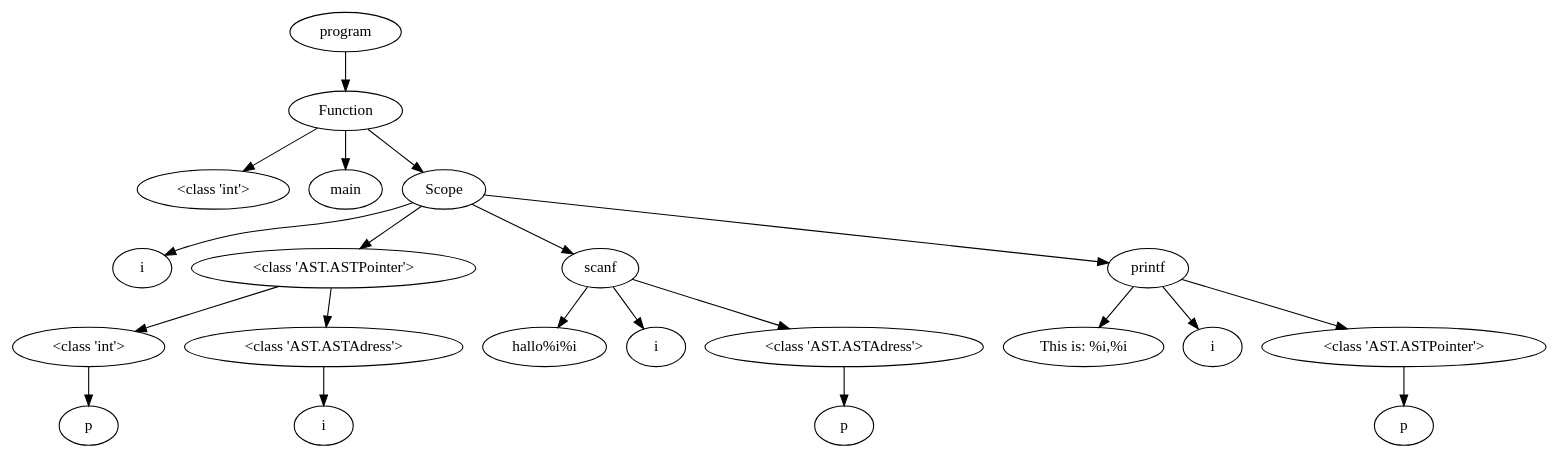
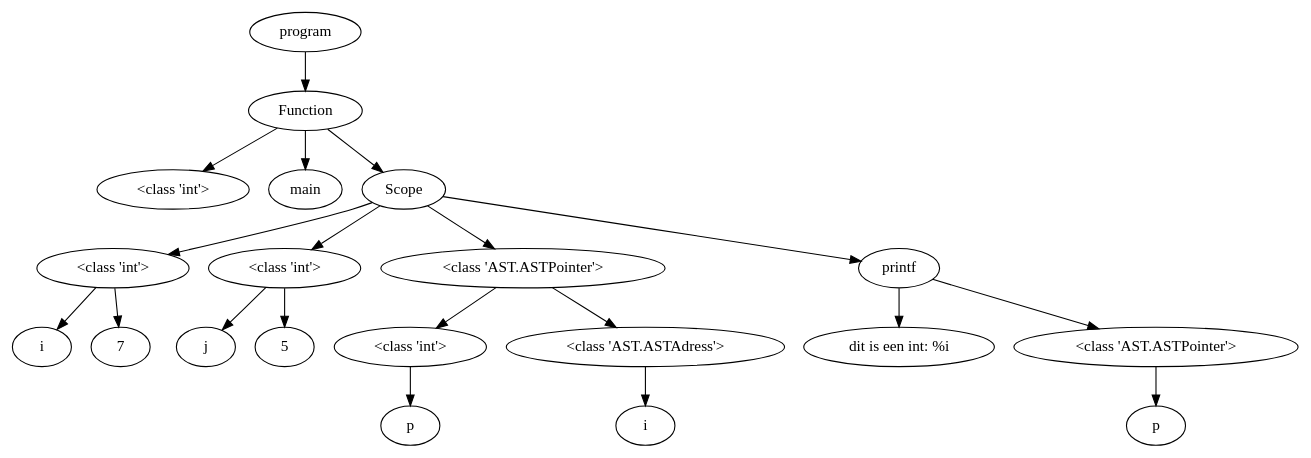
Before and after one commit to NielsVandenBroeck/COMP_Compiler: the diagram in OutputFiles/dotVisualization.dot, drawn with Graphviz. The commit also changed 3 other files, not shown here.

Commit message:
scanf + printf fixed

```diff
--- a/OutputFiles/dotVisualization.dot
+++ b/OutputFiles/dotVisualization.dot
@@ -1,52 +1,50 @@
 digraph G { 
-"<AST.AST object at 0x0000012A48E64B80> (0)"[label="program"]
-"<AST.ASTFunction object at 0x0000012A48E643D0> (1)"[label="Function"]
-"<AST.AST object at 0x0000012A48E64B80> (0)"->"<AST.ASTFunction object at 0x0000012A48E643D0> (1)"
-"<AST.ASTFunction object at 0x0000012A48E643D0> (1)"[label="Function"]
-"<AST.ASTDataType object at 0x0000012A48E64A00> (2)"[label="<class 'int'>"]
-"<AST.ASTFunction object at 0x0000012A48E643D0> (1)"->"<AST.ASTDataType object at 0x0000012A48E64A00> (2)"
-"<AST.ASTFunctionName object at 0x0000012A48E64640> (2)"[label="main"]
-"<AST.ASTFunction object at 0x0000012A48E643D0> (1)"->"<AST.ASTFunctionName object at 0x0000012A48E64640> (2)"
-"<AST.ASTScope object at 0x0000012A48E64AC0> (2)"[label="Scope"]
-"<AST.ASTFunction object at 0x0000012A48E643D0> (1)"->"<AST.ASTScope object at 0x0000012A48E64AC0> (2)"
-"<AST.ASTScope object at 0x0000012A48E64AC0> (2)"[label="Scope"]
-"<AST.ASTVariable object at 0x0000012A48E64CA0> (3)"[label="i"]
-"<AST.ASTScope object at 0x0000012A48E64AC0> (2)"->"<AST.ASTVariable object at 0x0000012A48E64CA0> (3)"
-"<AST.ASTPointer object at 0x0000012A48E67790> (3)"[label="<class 'AST.ASTPointer'>"]
-"<AST.ASTScope object at 0x0000012A48E64AC0> (2)"->"<AST.ASTPointer object at 0x0000012A48E67790> (3)"
-"<AST.ASTPointer object at 0x0000012A48E67790> (3)"[label="<class 'AST.ASTPointer'>"]
-"<AST.ASTDataType object at 0x0000012A48E679A0> (4)"[label="<class 'int'>"]
-"<AST.ASTPointer object at 0x0000012A48E67790> (3)"->"<AST.ASTDataType object at 0x0000012A48E679A0> (4)"
-"<AST.ASTDataType object at 0x0000012A48E679A0> (4)"[label="<class 'int'>"]
-"<AST.ASTVariable object at 0x0000012A48E671F0> (5)"[label="p"]
-"<AST.ASTDataType object at 0x0000012A48E679A0> (4)"->"<AST.ASTVariable object at 0x0000012A48E671F0> (5)"
-"<AST.ASTAdress object at 0x0000012A48E67F40> (4)"[label="<class 'AST.ASTAdress'>"]
-"<AST.ASTPointer object at 0x0000012A48E67790> (3)"->"<AST.ASTAdress object at 0x0000012A48E67F40> (4)"
-"<AST.ASTAdress object at 0x0000012A48E67F40> (4)"[label="<class 'AST.ASTAdress'>"]
-"<AST.ASTVariable object at 0x0000012A48E67520> (5)"[label="i"]
-"<AST.ASTAdress object at 0x0000012A48E67F40> (4)"->"<AST.ASTVariable object at 0x0000012A48E67520> (5)"
-"<AST.ASTScanf object at 0x0000012A48E676A0> (3)"[label="scanf"]
-"<AST.ASTScope object at 0x0000012A48E64AC0> (2)"->"<AST.ASTScanf object at 0x0000012A48E676A0> (3)"
-"<AST.ASTScanf object at 0x0000012A48E676A0> (3)"[label="scanf"]
-"<AST.ASTText object at 0x0000012A48E67E20> (4)"[label="hallo%i%i"]
-"<AST.ASTScanf object at 0x0000012A48E676A0> (3)"->"<AST.ASTText object at 0x0000012A48E67E20> (4)"
-"<AST.ASTVariable object at 0x0000012A48E67E50> (4)"[label="i"]
-"<AST.ASTScanf object at 0x0000012A48E676A0> (3)"->"<AST.ASTVariable object at 0x0000012A48E67E50> (4)"
-"<AST.ASTAdress object at 0x0000012A48E67880> (4)"[label="<class 'AST.ASTAdress'>"]
-"<AST.ASTScanf object at 0x0000012A48E676A0> (3)"->"<AST.ASTAdress object at 0x0000012A48E67880> (4)"
-"<AST.ASTAdress object at 0x0000012A48E67880> (4)"[label="<class 'AST.ASTAdress'>"]
-"<AST.ASTVariable object at 0x0000012A48E67580> (5)"[label="p"]
-"<AST.ASTAdress object at 0x0000012A48E67880> (4)"->"<AST.ASTVariable object at 0x0000012A48E67580> (5)"
-"<AST.ASTPrintf object at 0x0000012A48E67A00> (3)"[label="printf"]
-"<AST.ASTScope object at 0x0000012A48E64AC0> (2)"->"<AST.ASTPrintf object at 0x0000012A48E67A00> (3)"
-"<AST.ASTPrintf object at 0x0000012A48E67A00> (3)"[label="printf"]
-"<AST.ASTText object at 0x0000012A48E674F0> (4)"[label="This is: %i,%i"]
-"<AST.ASTPrintf object at 0x0000012A48E67A00> (3)"->"<AST.ASTText object at 0x0000012A48E674F0> (4)"
-"<AST.ASTVariable object at 0x0000012A48E676D0> (4)"[label="i"]
-"<AST.ASTPrintf object at 0x0000012A48E67A00> (3)"->"<AST.ASTVariable object at 0x0000012A48E676D0> (4)"
-"<AST.ASTPointer object at 0x0000012A48E67EB0> (4)"[label="<class 'AST.ASTPointer'>"]
-"<AST.ASTPrintf object at 0x0000012A48E67A00> (3)"->"<AST.ASTPointer object at 0x0000012A48E67EB0> (4)"
-"<AST.ASTPointer object at 0x0000012A48E67EB0> (4)"[label="<class 'AST.ASTPointer'>"]
-"<AST.ASTVariable object at 0x0000012A48E67370> (5)"[label="p"]
-"<AST.ASTPointer object at 0x0000012A48E67EB0> (4)"->"<AST.ASTVariable object at 0x0000012A48E67370> (5)"
+"<AST.AST object at 0x000001F3BE26BBB0> (0)"[label="program"]
+"<AST.ASTFunction object at 0x000001F3BE26BD60> (1)"[label="Function"]
+"<AST.AST object at 0x000001F3BE26BBB0> (0)"->"<AST.ASTFunction object at 0x000001F3BE26BD60> (1)"
+"<AST.ASTFunction object at 0x000001F3BE26BD60> (1)"[label="Function"]
+"<AST.ASTDataType object at 0x000001F3BE26BA90> (2)"[label="<class 'int'>"]
+"<AST.ASTFunction object at 0x000001F3BE26BD60> (1)"->"<AST.ASTDataType object at 0x000001F3BE26BA90> (2)"
+"<AST.ASTFunctionName object at 0x000001F3BE26BC70> (2)"[label="main"]
+"<AST.ASTFunction object at 0x000001F3BE26BD60> (1)"->"<AST.ASTFunctionName object at 0x000001F3BE26BC70> (2)"
+"<AST.ASTScope object at 0x000001F3BE26B730> (2)"[label="Scope"]
+"<AST.ASTFunction object at 0x000001F3BE26BD60> (1)"->"<AST.ASTScope object at 0x000001F3BE26B730> (2)"
+"<AST.ASTScope object at 0x000001F3BE26B730> (2)"[label="Scope"]
+"<AST.ASTDataType object at 0x000001F3BE272700> (3)"[label="<class 'int'>"]
+"<AST.ASTScope object at 0x000001F3BE26B730> (2)"->"<AST.ASTDataType object at 0x000001F3BE272700> (3)"
+"<AST.ASTDataType object at 0x000001F3BE272700> (3)"[label="<class 'int'>"]
+"<AST.ASTVariable object at 0x000001F3BE2720A0> (4)"[label="i"]
+"<AST.ASTDataType object at 0x000001F3BE272700> (3)"->"<AST.ASTVariable object at 0x000001F3BE2720A0> (4)"
+"<AST.ASTInt object at 0x000001F3BE272040> (4)"[label="7"]
+"<AST.ASTDataType object at 0x000001F3BE272700> (3)"->"<AST.ASTInt object at 0x000001F3BE272040> (4)"
+"<AST.ASTDataType object at 0x000001F3BE2722E0> (3)"[label="<class 'int'>"]
+"<AST.ASTScope object at 0x000001F3BE26B730> (2)"->"<AST.ASTDataType object at 0x000001F3BE2722E0> (3)"
+"<AST.ASTDataType object at 0x000001F3BE2722E0> (3)"[label="<class 'int'>"]
+"<AST.ASTVariable object at 0x000001F3BE272160> (4)"[label="j"]
+"<AST.ASTDataType object at 0x000001F3BE2722E0> (3)"->"<AST.ASTVariable object at 0x000001F3BE272160> (4)"
+"<AST.ASTInt object at 0x000001F3BE2728B0> (4)"[label="5"]
+"<AST.ASTDataType object at 0x000001F3BE2722E0> (3)"->"<AST.ASTInt object at 0x000001F3BE2728B0> (4)"
+"<AST.ASTPointer object at 0x000001F3BE2723D0> (3)"[label="<class 'AST.ASTPointer'>"]
+"<AST.ASTScope object at 0x000001F3BE26B730> (2)"->"<AST.ASTPointer object at 0x000001F3BE2723D0> (3)"
+"<AST.ASTPointer object at 0x000001F3BE2723D0> (3)"[label="<class 'AST.ASTPointer'>"]
+"<AST.ASTDataType object at 0x000001F3BE272A60> (4)"[label="<class 'int'>"]
+"<AST.ASTPointer object at 0x000001F3BE2723D0> (3)"->"<AST.ASTDataType object at 0x000001F3BE272A60> (4)"
+"<AST.ASTDataType object at 0x000001F3BE272A60> (4)"[label="<class 'int'>"]
+"<AST.ASTVariable object at 0x000001F3BE272820> (5)"[label="p"]
+"<AST.ASTDataType object at 0x000001F3BE272A60> (4)"->"<AST.ASTVariable object at 0x000001F3BE272820> (5)"
+"<AST.ASTAdress object at 0x000001F3BE272520> (4)"[label="<class 'AST.ASTAdress'>"]
+"<AST.ASTPointer object at 0x000001F3BE2723D0> (3)"->"<AST.ASTAdress object at 0x000001F3BE272520> (4)"
+"<AST.ASTAdress object at 0x000001F3BE272520> (4)"[label="<class 'AST.ASTAdress'>"]
+"<AST.ASTVariable object at 0x000001F3BE272490> (5)"[label="i"]
+"<AST.ASTAdress object at 0x000001F3BE272520> (4)"->"<AST.ASTVariable object at 0x000001F3BE272490> (5)"
+"<AST.ASTPrintf object at 0x000001F3BE2724C0> (3)"[label="printf"]
+"<AST.ASTScope object at 0x000001F3BE26B730> (2)"->"<AST.ASTPrintf object at 0x000001F3BE2724C0> (3)"
+"<AST.ASTPrintf object at 0x000001F3BE2724C0> (3)"[label="printf"]
+"<AST.ASTText object at 0x000001F3BE2726A0> (4)"[label="dit is een int: %i"]
+"<AST.ASTPrintf object at 0x000001F3BE2724C0> (3)"->"<AST.ASTText object at 0x000001F3BE2726A0> (4)"
+"<AST.ASTPointer object at 0x000001F3BE2729D0> (4)"[label="<class 'AST.ASTPointer'>"]
+"<AST.ASTPrintf object at 0x000001F3BE2724C0> (3)"->"<AST.ASTPointer object at 0x000001F3BE2729D0> (4)"
+"<AST.ASTPointer object at 0x000001F3BE2729D0> (4)"[label="<class 'AST.ASTPointer'>"]
+"<AST.ASTVariable object at 0x000001F3BE272970> (5)"[label="p"]
+"<AST.ASTPointer object at 0x000001F3BE2729D0> (4)"->"<AST.ASTVariable object at 0x000001F3BE272970> (5)"
 }
```
